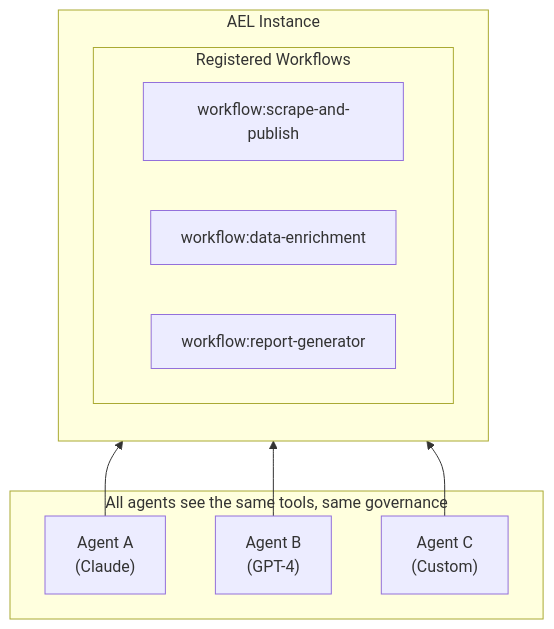
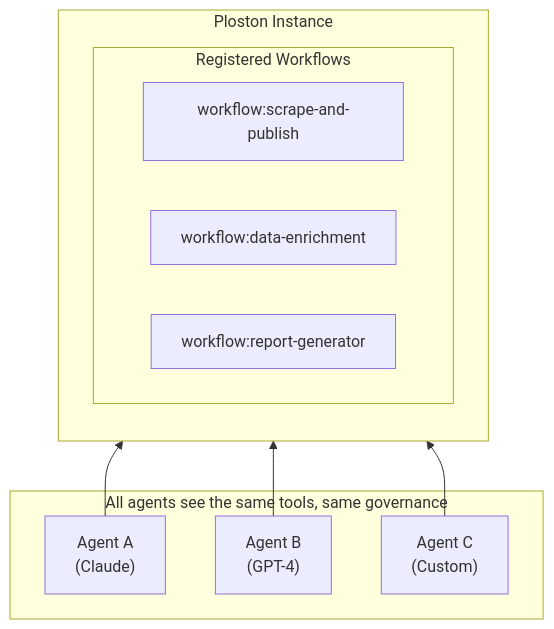
Before and after one commit to ostanlabs/ael_documentation: the second of 2 diagrams in docs/concepts/workflows-as-tools.md, drawn with Mermaid. The commit also changed 9 other files, not shown here.

First line of the commit message:
docs: align with 4-package architecture and Ploston branding

````diff
--- a/docs/concepts/workflows-as-tools.md
+++ b/docs/concepts/workflows-as-tools.md
@@ -93,20 +93,20 @@
 ```mermaid
 flowchart BT
     subgraph Agents["All agents see the same tools, same governance"]
         A["Agent A<br/>(Claude)"]
         B["Agent B<br/>(GPT-4)"]
         C["Agent C<br/>(Custom)"]
     end
 
-    subgraph Ploston["AEL Instance"]
+    subgraph Ploston["Ploston Instance"]
         subgraph Workflows["Registered Workflows"]
             W1["workflow:scrape-and-publish"]
             W2["workflow:data-enrichment"]
             W3["workflow:report-generator"]
         end
     end
 
     A --> Ploston
     B --> Ploston
     C --> Ploston
 ```
````
